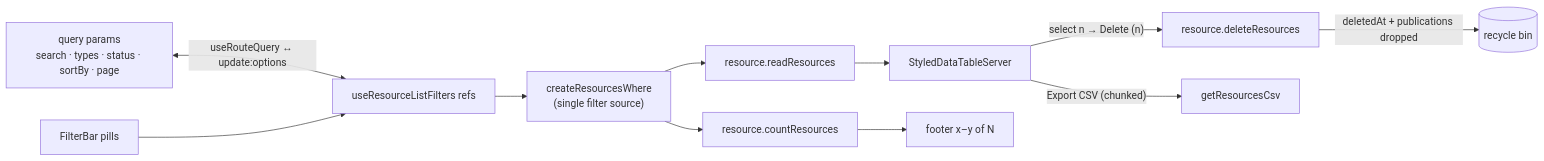
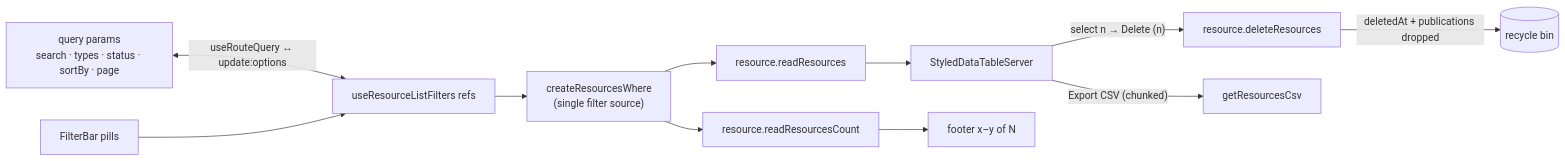
Before and after one commit to Esposter/Esposter: the diagram in packages/app/content/docs/platform/list-filters-and-views.md, drawn with Mermaid. The commit also changed other lines of this file and 34 other files, not shown here.

````diff
--- a/packages/app/content/docs/platform/list-filters-and-views.md
+++ b/packages/app/content/docs/platform/list-filters-and-views.md
@@ -45,10 +45,10 @@
 ```mermaid
 flowchart LR
   URL["query params<br/>search · types · status · sortBy · page"] <-->|"useRouteQuery ↔ update:options"| STATE["useResourceListFilters refs"]
   PILLS["FilterBar pills"] --> STATE
   STATE --> WHERE["createResourcesWhere<br/>(single filter source)"]
   WHERE --> RR["resource.readResources"] --> TABLE["StyledDataTableServer"]
-  WHERE --> CNT["resource.countResources"] --> FOOTER["footer x–y of N"]
+  WHERE --> CNT["resource.readResourcesCount"] --> FOOTER["footer x–y of N"]
   TABLE -->|"select n → Delete (n)"| BULK["resource.deleteResources"] -->|"deletedAt + publications dropped"| GONE[("recycle bin")]
   TABLE -->|"Export CSV (chunked)"| CSV["getResourcesCsv"]
 ```
````
